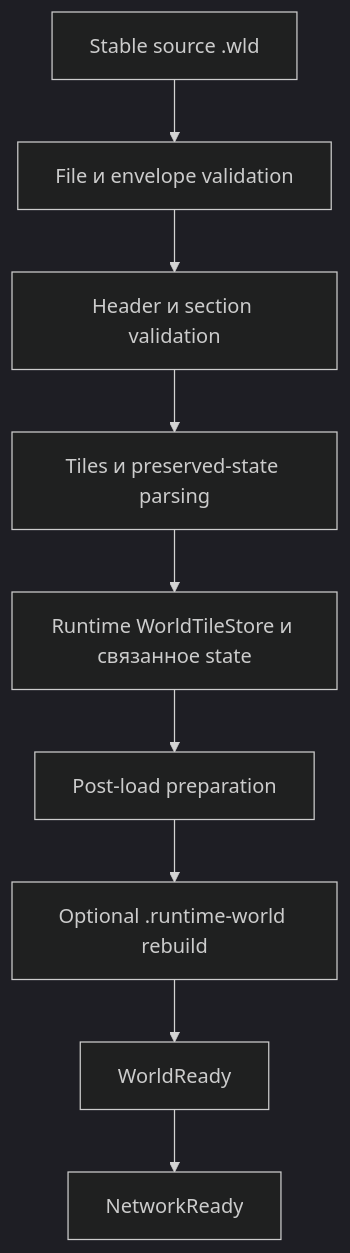
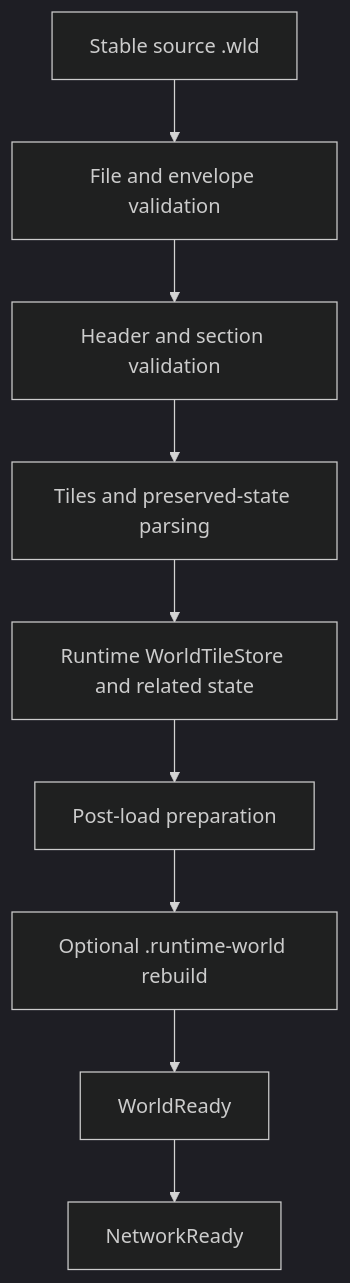
The first of 5 diagrams in docs/ru/world-persistence.md (VegaKernel/TerraRuntime), drawn with Mermaid (dark theme) before and after one commit. The commit also changed other lines of this file and 9 other files, not shown here.

Commit message:
docs: migrate core subsystem diagrams to Mermaid

````diff
--- a/docs/ru/world-persistence.md
+++ b/docs/ru/world-persistence.md
@@ -22,11 +20,11 @@
 ```mermaid
 flowchart TD
-    A["Stable source .wld"] --> B["File и envelope validation"]
-    B --> C["Header и section validation"]
-    C --> D["Tiles и preserved-state parsing"]
-    D --> E["Runtime WorldTileStore и связанное state"]
+    A["Stable source .wld"] --> B["File and envelope validation"]
+    B --> C["Header and section validation"]
+    C --> D["Tiles and preserved-state parsing"]
+    D --> E["Runtime WorldTileStore and related state"]
     E --> F["Post-load preparation"]
     F --> G["Optional .runtime-world rebuild"]
     G --> H["WorldReady"]
     H --> I["NetworkReady"]
 ```
````
